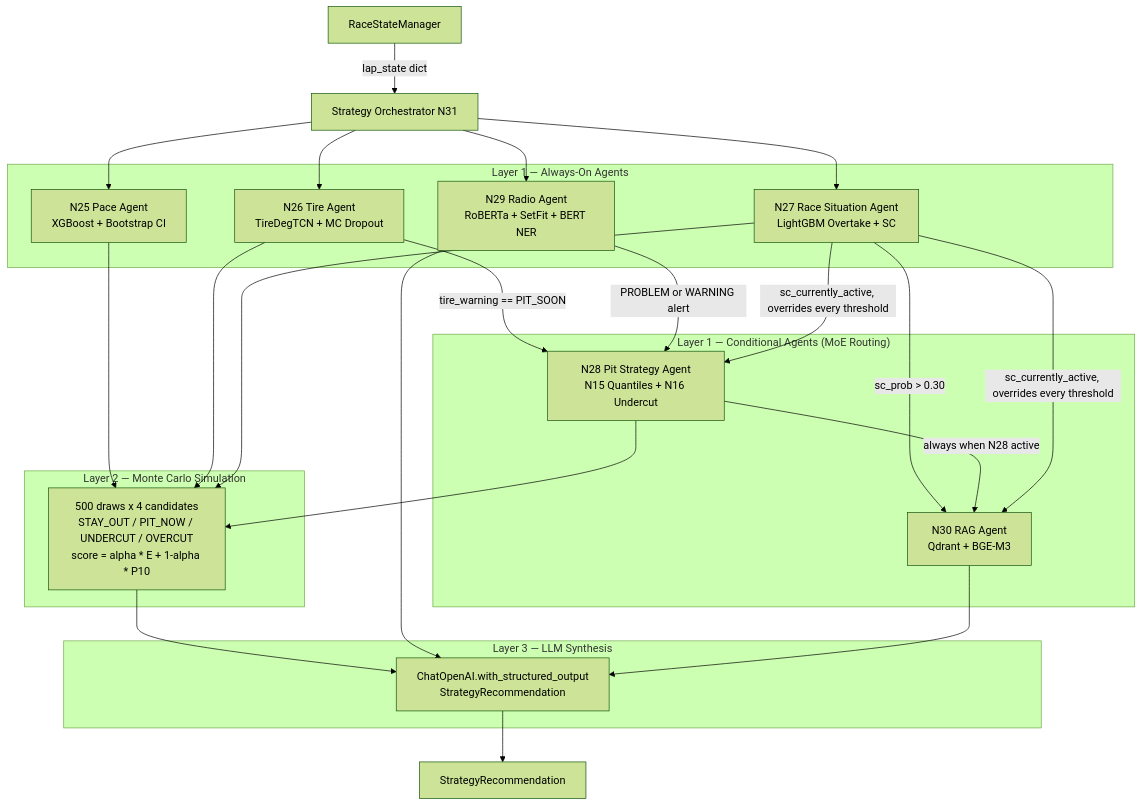
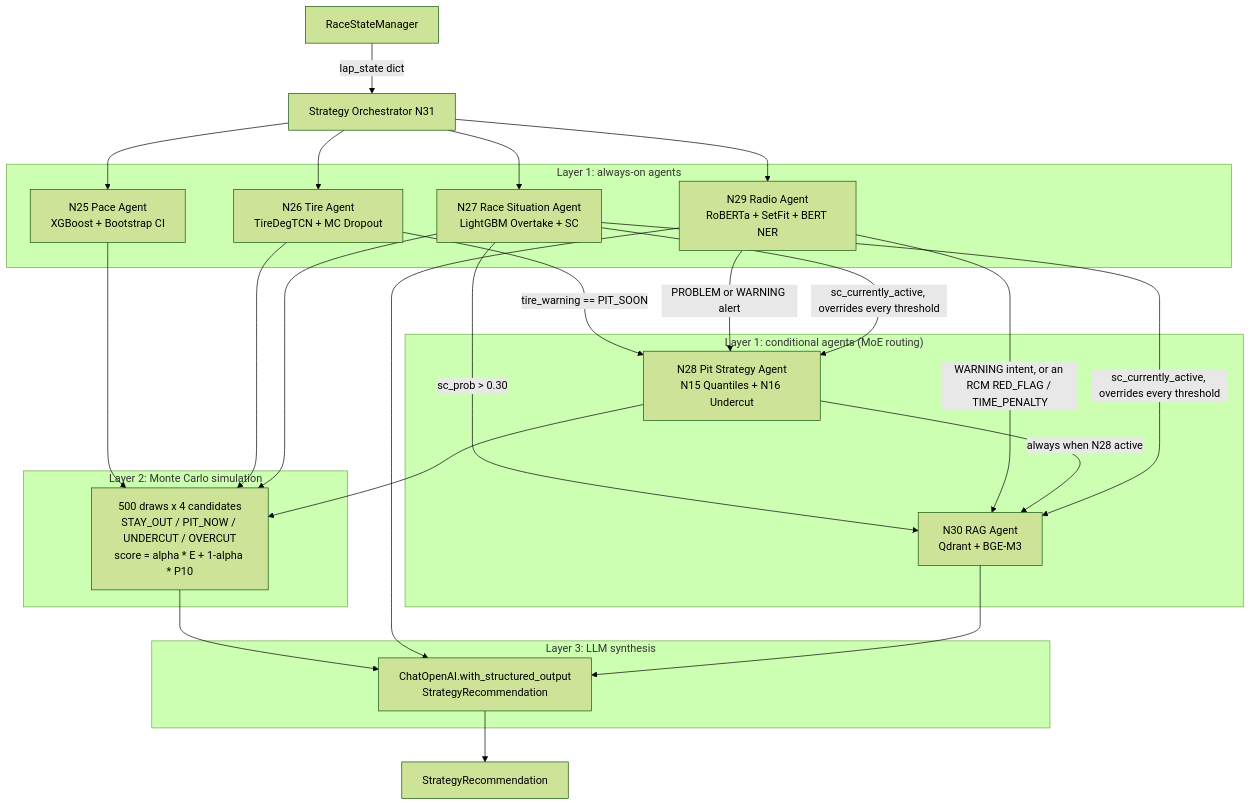
The first of 3 diagrams in docs/pages/multi-agent.md (VforVitorio/F1_Strat_Manager), drawn with Mermaid (forest theme) before and after one commit.

Commit message:
docs(multi-agent): draw the routing edge the diagram was missing
_decide_agents_to_call activates N30 on three independent conditions, and the
mermaid graph drew two of them. The third is a radio-sourced one: a WARNING
intent, or an RCM alert whose event_type is in _RCM_PENALTY_EVENT_TYPES, which
is {RED_FLAG, TIME_PENALTY}. The function's own docstring names it; the picture
did not, so a reader assembling the routing from the graph would conclude the
radio agent can only reach N28.

The other edges were checked against the same function and hold: PIT_SOON and
a PROBLEM or WARNING alert route to N28, sc_prob above the 0.30 threshold routes
to N30, a firing N28 pulls N30 in, and a confirmed safety car forces both.

Also took the em dashes out of the four subgraph labels, which render as diagram
text.

````diff
--- a/docs/pages/multi-agent.md
+++ b/docs/pages/multi-agent.md
@@ -11,45 +11,46 @@
 ```mermaid
 graph TD
     RSM[RaceStateManager] -->|lap_state dict| ORCH[Strategy Orchestrator N31]
 
-    subgraph "Layer 1 — Always-On Agents"
+    subgraph "Layer 1: always-on agents"
         N25[N25 Pace Agent<br/>XGBoost + Bootstrap CI]
         N26[N26 Tire Agent<br/>TireDegTCN + MC Dropout]
         N27[N27 Race Situation Agent<br/>LightGBM Overtake + SC]
         N29[N29 Radio Agent<br/>RoBERTa + SetFit + BERT NER]
     end
 
-    subgraph "Layer 1 — Conditional Agents (MoE Routing)"
+    subgraph "Layer 1: conditional agents (MoE routing)"
         N28[N28 Pit Strategy Agent<br/>N15 Quantiles + N16 Undercut]
         N30[N30 RAG Agent<br/>Qdrant + BGE-M3]
     end
 
     ORCH --> N25
     ORCH --> N26
     ORCH --> N27
     ORCH --> N29
 
     N26 -->|tire_warning == PIT_SOON| N28
     N29 -->|PROBLEM or WARNING alert| N28
     N27 -->|sc_prob > 0.30| N30
+    N29 -->|WARNING intent, or an RCM RED_FLAG / TIME_PENALTY| N30
     N28 -->|always when N28 active| N30
     N27 -->|sc_currently_active, overrides every threshold| N28
     N27 -->|sc_currently_active, overrides every threshold| N30
 
-    subgraph "Layer 2 — Monte Carlo Simulation"
+    subgraph "Layer 2: Monte Carlo simulation"
         MC[500 draws x 4 candidates<br/>STAY_OUT / PIT_NOW / UNDERCUT / OVERCUT<br/>score = alpha * E + 1-alpha * P10]
     end
 
-    subgraph "Layer 3 — LLM Synthesis"
+    subgraph "Layer 3: LLM synthesis"
         LLM[ChatOpenAI.with_structured_output<br/>StrategyRecommendation]
     end
 
     N25 --> MC
     N26 --> MC
     N27 --> MC
     N28 --> MC
     MC --> LLM
     N29 --> LLM
     N30 --> LLM
     LLM --> REC[StrategyRecommendation]
 ```
````
